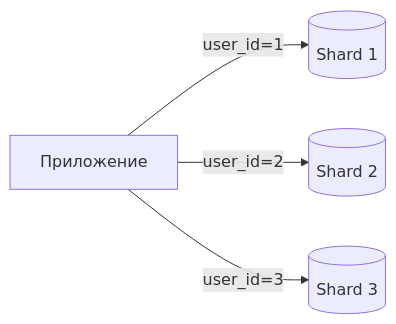
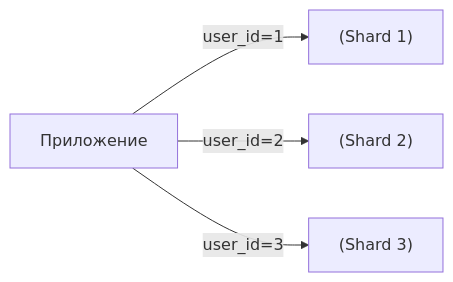
One commit to DDoSKudya/ai-study-atlas changed the first of 2 diagrams in directions/architecture/pact/18_backend_dannye_v_arkhitekture_replikatsiya_shardirovanie_kesh_poliglot_persistenciya/02_18_2_shardirovanie_partitsionirovanie_i_resharding.md. Above: the diagram before and after it, drawn with Mermaid. The commit also changed other lines of this file and 322 other files, not shown here.

Commit message:
fix(docs): make mermaid diagrams GitHub-compatible across directions content

````diff
--- a/directions/architecture/pact/18_backend_dannye_v_arkhitekture_replikatsiya_shardirovanie_kesh_poliglot_persistenciya/02_18_2_shardirovanie_partitsionirovanie_i_resharding.md
+++ b/directions/architecture/pact/18_backend_dannye_v_arkhitekture_replikatsiya_shardirovanie_kesh_poliglot_persistenciya/02_18_2_shardirovanie_partitsionirovanie_i_resharding.md
@@ -41,6 +41,6 @@
 ```mermaid
 flowchart LR
-  App[Приложение] -->|user_id=1| S1[(Shard 1)]
-  App -->|user_id=2| S2[(Shard 2)]
-  App -->|user_id=3| S3[(Shard 3)]
+  App["Приложение"] -->|user_id=1| S1["(Shard 1)"]
+  App -->|user_id=2| S2["(Shard 2)"]
+  App -->|user_id=3| S3["(Shard 3)"]
 ```
````
